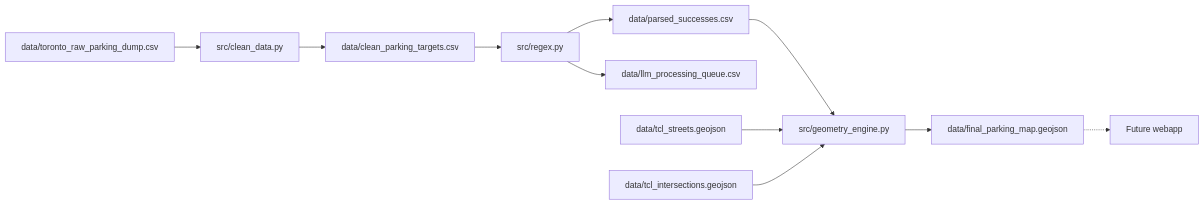
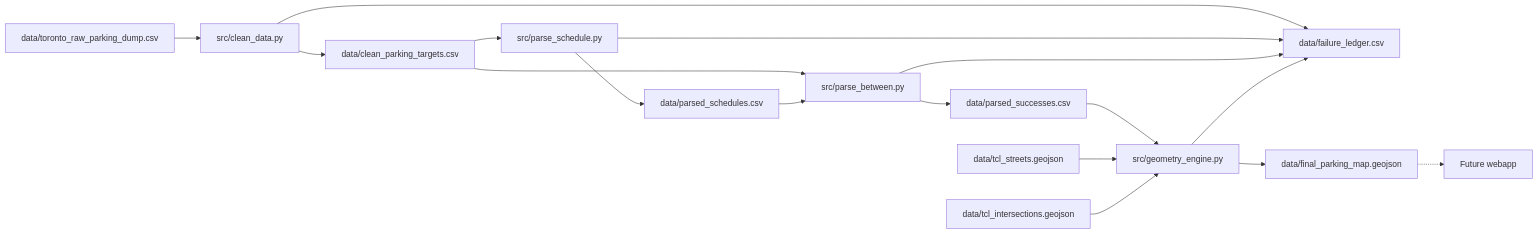
One commit to JoeHershkie/parkking-pipeline changed the diagram in docs/README.md. Above: the diagram before and after it, drawn with Mermaid. The commit also changed other lines of this file and 29 other files, not shown here.

````diff
--- a/docs/README.md
+++ b/docs/README.md
@@ -23,23 +23,31 @@
 ```mermaid
 flowchart LR
   raw[data/toronto_raw_parking_dump.csv]
   clean[src/clean_data.py]
   targets[data/clean_parking_targets.csv]
-  regex[src/regex.py]
+  parseSched[src/parse_schedule.py]
+  schedules[data/parsed_schedules.csv]
+  parse[src/parse_between.py]
   success[data/parsed_successes.csv]
-  llm[data/llm_processing_queue.csv]
+  ledger[data/failure_ledger.csv]
   geo[src/geometry_engine.py]
   tclStreets[data/tcl_streets.geojson]
   tclX[data/tcl_intersections.geojson]
   map[data/final_parking_map.geojson]
   webapp[Future webapp]
 
-  raw --> clean --> targets --> regex
-  regex --> success
-  regex --> llm
+  raw --> clean --> targets
+  targets --> parseSched --> schedules
+  targets --> parse
+  schedules --> parse
+  parse --> success
+  clean --> ledger
+  parseSched --> ledger
+  parse --> ledger
   success --> geo
   tclStreets --> geo
   tclX --> geo
+  geo --> ledger
   geo --> map
   map -.-> webapp
 ```
````
